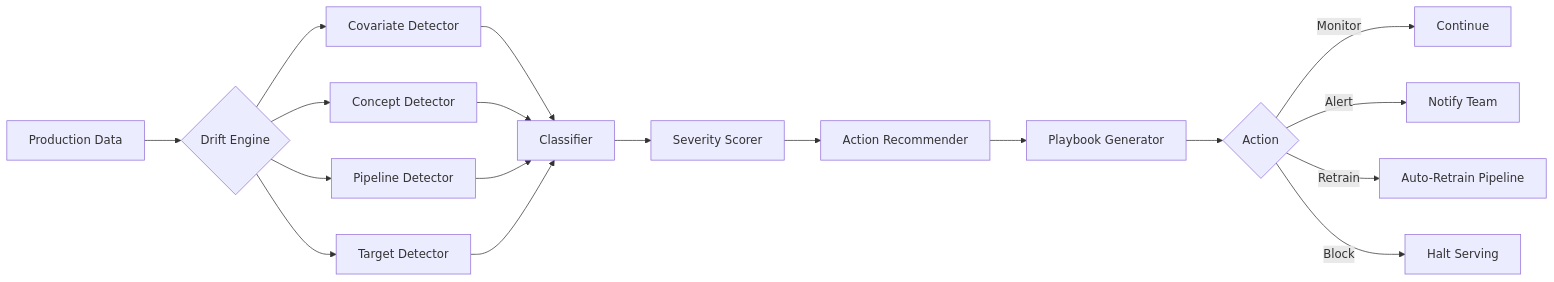
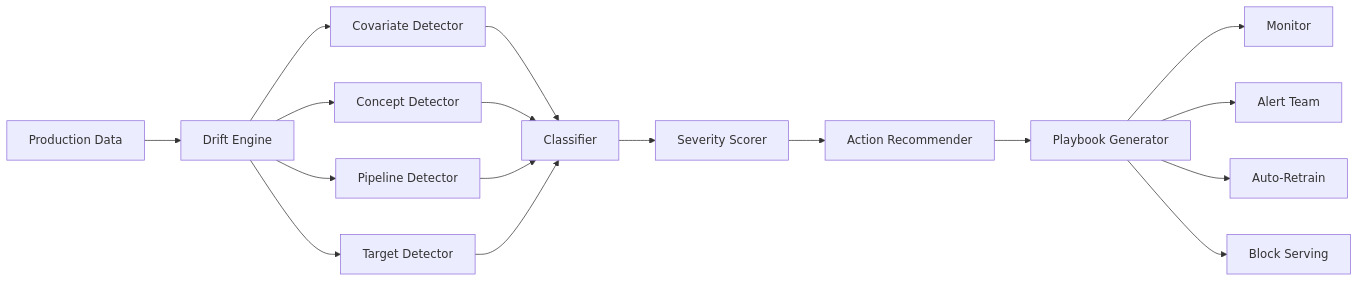
One commit to sheriff786/drift-taxonomy-engine changed the first of 7 diagrams in README.md. Above: the diagram before and after it, drawn with Mermaid. The commit also changed other lines of this file and 1 other file, not shown here.

````diff
--- a/README.md
+++ b/README.md
@@ -77,17 +77,19 @@
 ```mermaid
-flowchart LR
-    A[Production Data] --> B{Drift Engine}
+graph LR
+    A[Production Data] --> B[Drift Engine]
     B --> C[Covariate Detector]
     B --> D[Concept Detector]
     B --> E[Pipeline Detector]
     B --> F[Target Detector]
-    C & D & E & F --> G[Classifier]
+    C --> G[Classifier]
+    D --> G
+    E --> G
+    F --> G
     G --> H[Severity Scorer]
     H --> I[Action Recommender]
     I --> J[Playbook Generator]
-    J --> K{Action}
-    K -->|Monitor| L[Continue]
-    K -->|Alert| M[Notify Team]
-    K -->|Retrain| N[Auto-Retrain Pipeline]
-    K -->|Block| O[Halt Serving]
+    J --> K[Monitor]
+    J --> L[Alert Team]
+    J --> M[Auto-Retrain]
+    J --> N[Block Serving]
 ```
````
